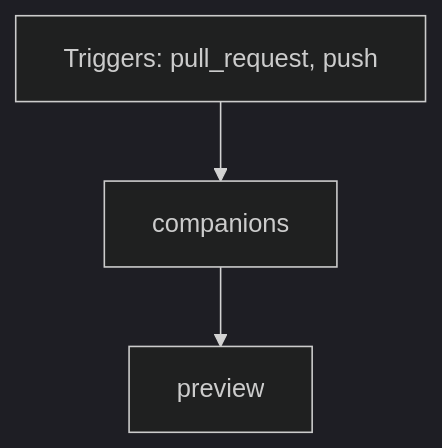
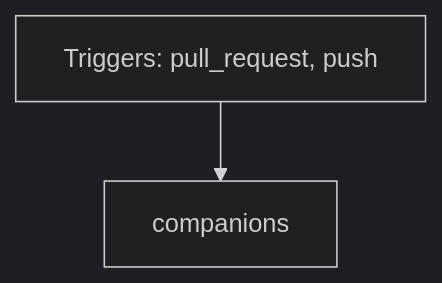
The diagram in docs/ci/github/script-companions-ci.md (FrenchExDev2/QuietCli.PoSh), drawn with Mermaid (dark theme) before and after one commit. The commit also changed other lines of this file and 28 other files, not shown here.

```diff
--- a/docs/ci/github/script-companions-ci.md
+++ b/docs/ci/github/script-companions-ci.md
@@ -20,8 +20,6 @@
 ~~~mermaid
 flowchart TD
     event["Triggers: pull_request, push"]
     job_companions["companions"]
-    job_preview["preview"]
     event --> job_companions
-    job_companions --> job_preview
 ~~~
```
